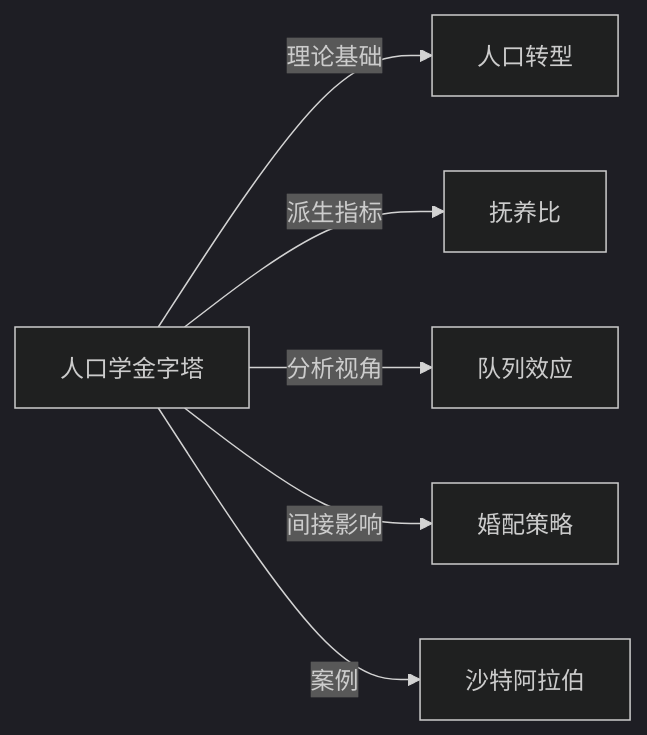
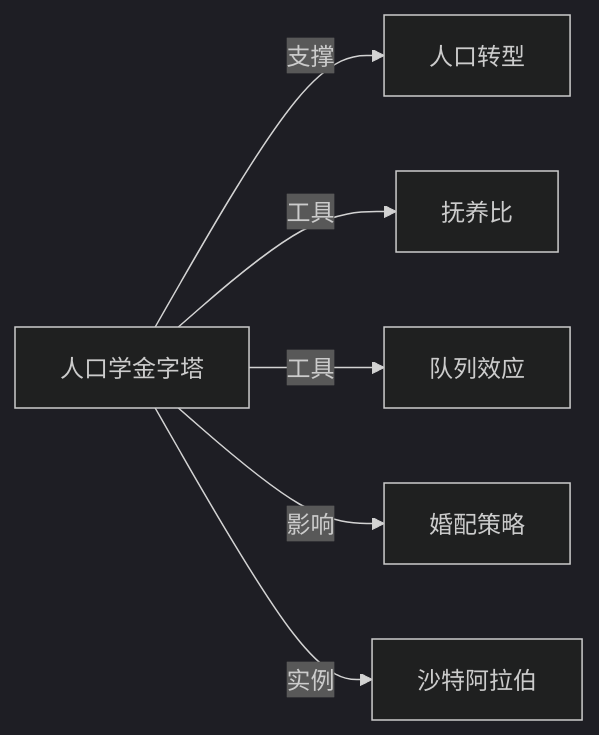
One commit to KIMMCHOW/MyKnowledge changed the diagram in Knowledge/Concepts/社会学/人口学金字塔.md. Above: the diagram before and after it, drawn with Mermaid (dark theme). The commit also changed 95 other files, not shown here.

Commit message:
reorganize: 统一关系图边标签为11类

````diff
--- a/Knowledge/Concepts/社会学/人口学金字塔.md
+++ b/Knowledge/Concepts/社会学/人口学金字塔.md
@@ -46,8 +46,8 @@
 ```mermaid
 graph LR
-人口学金字塔 -->|理论基础| 人口转型
-人口学金字塔 -->|派生指标| 抚养比
-人口学金字塔 -->|分析视角| 队列效应
-人口学金字塔 -->|间接影响| 婚配策略
-人口学金字塔 -->|案例| 沙特阿拉伯
+人口学金字塔 -->|支撑| 人口转型
+人口学金字塔 -->|工具| 抚养比
+人口学金字塔 -->|工具| 队列效应
+人口学金字塔 -->|影响| 婚配策略
+人口学金字塔 -->|实例| 沙特阿拉伯
 ```
````
